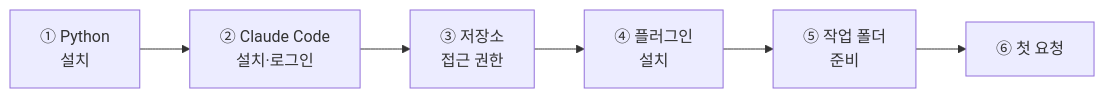
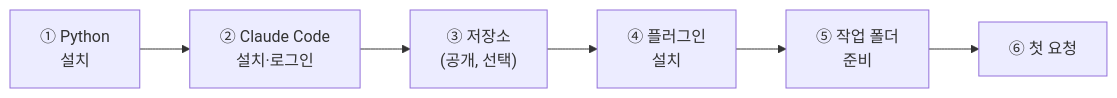
One commit to changgi/archive-bm-tools changed the diagram in docs/getting-started.md. Above: the diagram before and after it, drawn with Mermaid. The commit also changed other lines of this file and 4 other files, not shown here.

````diff
--- a/docs/getting-started.md
+++ b/docs/getting-started.md
@@ -21,8 +21,8 @@
 ```mermaid
 flowchart LR
     A["① Python<br/>설치"] --> B["② Claude Code<br/>설치·로그인"]
-    B --> C["③ 저장소<br/>접근 권한"]
+    B --> C["③ 저장소<br/>(공개, 선택)"]
     C --> D["④ 플러그인<br/>설치"]
     D --> E["⑤ 작업 폴더<br/>준비"]
     E --> F["⑥ 첫 요청"]
 ```
````
